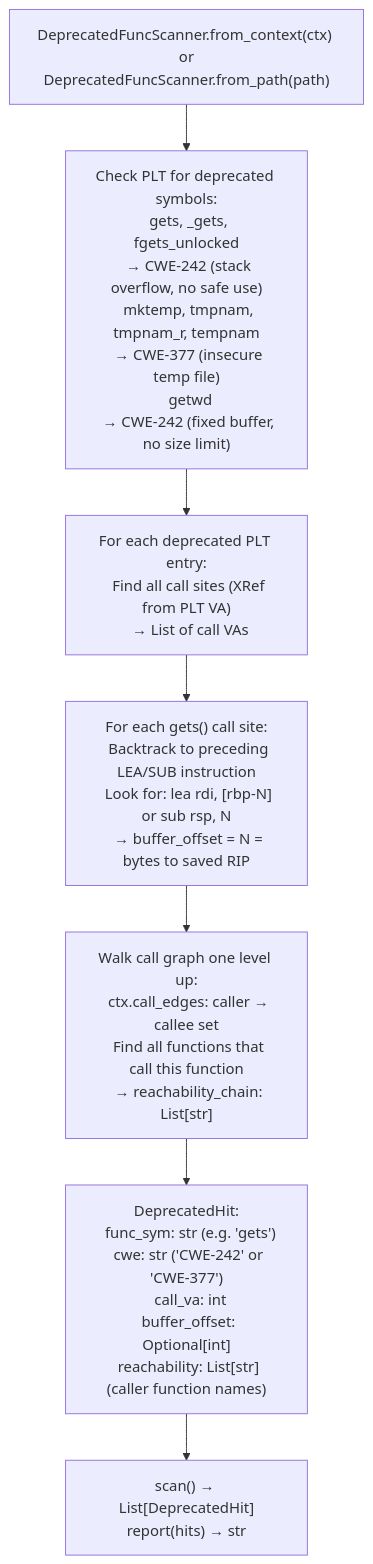
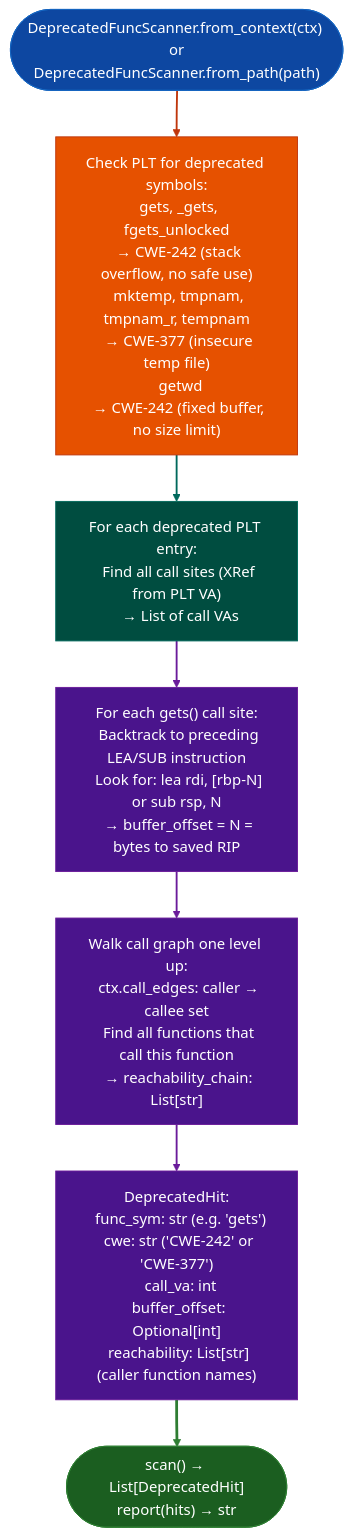
The diagram in docs/reference-modules/deprecated-unsafe-function-scanning.md (Ablation-Tool/ablation), drawn with Mermaid before and after one commit. The commit also changed 320 other files, not shown here.

First line of the commit message:
docs: apply canonical Mermaid template to all 321 diagrams

````diff
--- a/docs/reference-modules/deprecated-unsafe-function-scanning.md
+++ b/docs/reference-modules/deprecated-unsafe-function-scanning.md
@@ -19,9 +19,21 @@
 ```mermaid
 flowchart TD
-    A["DeprecatedFuncScanner.from_context(ctx) or\nDeprecatedFuncScanner.from_path(path)"] --> B["Check PLT for deprecated symbols:\n  gets, _gets, fgets_unlocked\n  → CWE-242 (stack overflow, no safe use)\n  mktemp, tmpnam, tmpnam_r, tempnam\n  → CWE-377 (insecure temp file)\n  getwd\n  → CWE-242 (fixed buffer, no size limit)"]
-    B --> C["For each deprecated PLT entry:\n  Find all call sites (XRef from PLT VA)\n  → List of call VAs"]
-    C --> D["For each gets() call site:\n  Backtrack to preceding LEA/SUB instruction\n  Look for: lea rdi, [rbp-N] or sub rsp, N\n  → buffer_offset = N = bytes to saved RIP"]
-    D --> E["Walk call graph one level up:\n  ctx.call_edges: caller → callee set\n  Find all functions that call this function\n  → reachability_chain: List[str]"]
-    E --> F["DeprecatedHit:\n  func_sym: str (e.g. 'gets')\n  cwe: str ('CWE-242' or 'CWE-377')\n  call_va: int\n  buffer_offset: Optional[int]\n  reachability: List[str] (caller function names)"]
-    F --> G["scan() → List[DeprecatedHit]\nreport(hits) → str"]
+    A(["DeprecatedFuncScanner.from_context(ctx) or\nDeprecatedFuncScanner.from_path(path)"]):::input --> B["Check PLT for deprecated symbols:\n  gets, _gets, fgets_unlocked\n  → CWE-242 (stack overflow, no safe use)\n  mktemp, tmpnam, tmpnam_r, tempnam\n  → CWE-377 (insecure temp file)\n  getwd\n  → CWE-242 (fixed buffer, no size limit)"]:::primary
+    B:::primary --> C["For each deprecated PLT entry:\n  Find all call sites (XRef from PLT VA)\n  → List of call VAs"]:::secondary
+    C:::secondary --> D["For each gets() call site:\n  Backtrack to preceding LEA/SUB instruction\n  Look for: lea rdi, [rbp-N] or sub rsp, N\n  → buffer_offset = N = bytes to saved RIP"]:::tertiary
+    D:::tertiary --> E["Walk call graph one level up:\n  ctx.call_edges: caller → callee set\n  Find all functions that call this function\n  → reachability_chain: List[str]"]:::tertiary
+    E:::tertiary --> F["DeprecatedHit:\n  func_sym: str (e.g. 'gets')\n  cwe: str ('CWE-242' or 'CWE-377')\n  call_va: int\n  buffer_offset: Optional[int]\n  reachability: List[str] (caller function names)"]:::tertiary
+    F:::tertiary --> G(["scan() → List[DeprecatedHit]\nreport(hits) → str"]):::output
+    classDef input     fill:#0d47a1,stroke:#1565c0,color:#fff
+    classDef primary   fill:#e65100,stroke:#bf360c,color:#fff
+    classDef secondary fill:#004d40,stroke:#00695c,color:#fff
+    classDef tertiary  fill:#4a148c,stroke:#6a1b9a,color:#fff
+    classDef neutral   fill:#37474f,stroke:#546e7a,color:#fff
+    classDef output    fill:#1b5e20,stroke:#2e7d32,color:#fff
+    linkStyle 0 stroke:#bf360c,stroke-width:2px
+    linkStyle 1 stroke:#00695c,stroke-width:2px
+    linkStyle 2 stroke:#6a1b9a,stroke-width:2px
+    linkStyle 3 stroke:#6a1b9a,stroke-width:2px
+    linkStyle 4 stroke:#6a1b9a,stroke-width:2px
+    linkStyle 5 stroke:#2e7d32,stroke-width:3px
 ```
````
